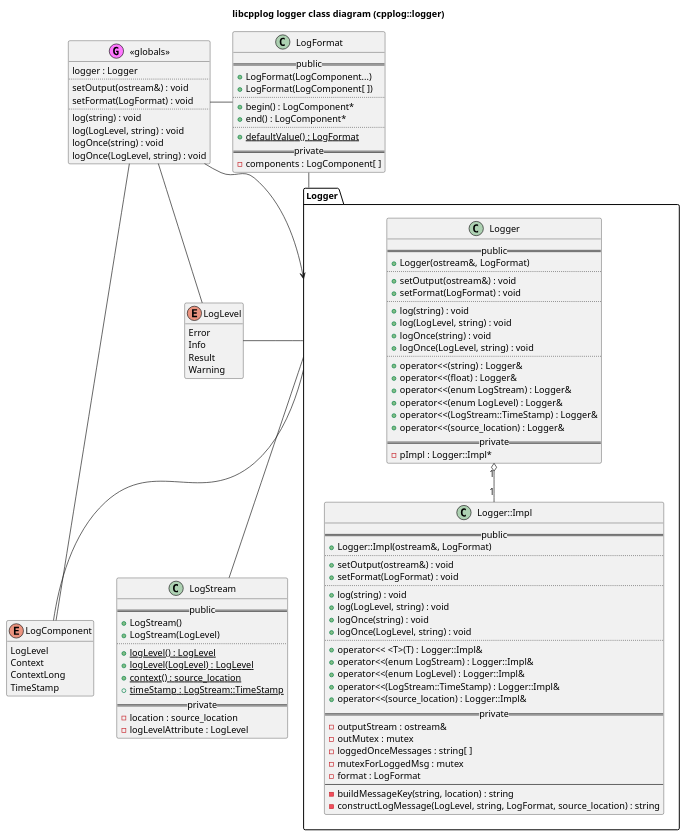
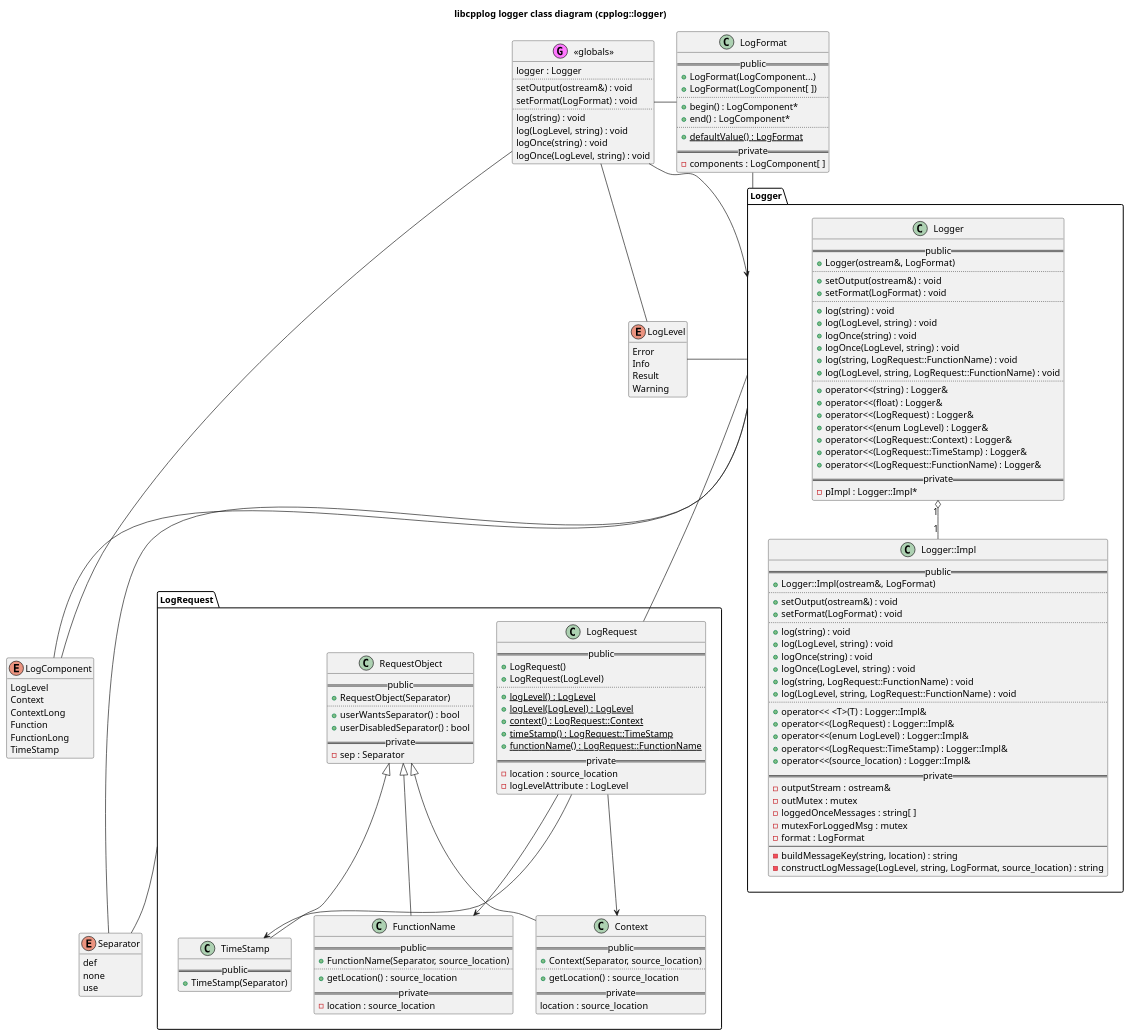
Before and after one commit to kfpgk/libcpplog: the diagram in libcpplog/logger/doc/class.puml, drawn with PlantUML. The commit also changed 51 other files, not shown here.

First line of the commit message:
Implement FunctionName log component

```diff
--- a/libcpplog/logger/doc/class.puml
+++ b/libcpplog/logger/doc/class.puml
@@ -1,130 +1,193 @@
 @startuml logger-class-diagram
 
 title libcpplog logger class diagram (cpplog::logger)
 
 enum LogLevel {
     Error
     Info
     Result
     Warning
 }
 hide LogLevel methods
 
 enum LogComponent {
     LogLevel
     Context
     ContextLong
+    Function
+    FunctionLong
     TimeStamp
 }
 hide LogComponent methods
 
-class LogStream {
-    == public ==
-    + LogStream()
-    + LogStream(LogLevel)
-    ..
-    + {static} logLevel() : LogLevel
-    + {static} logLevel(LogLevel) : LogLevel
-    + {static} context() : source_location
-    + {static} timeStamp : LogStream::TimeStamp
-    == private ==
-    - location : source_location
-    - logLevelAttribute : LogLevel
+enum Separator {
+    def
+    none
+    use
 }
+hide Separator methods
+
+package "LogRequest" as LogRequestPackage {
+
+    class LogRequest {
+        == public ==
+        + LogRequest()
+        + LogRequest(LogLevel)
+        ..
+        + {static} logLevel() : LogLevel
+        + {static} logLevel(LogLevel) : LogLevel
+        + {static} context() : LogRequest::Context
+        + {static} timeStamp() : LogRequest::TimeStamp
+        + {static} functionName() : LogRequest::FunctionName
+        == private ==
+        - location : source_location
+        - logLevelAttribute : LogLevel
+    }
+
+    class RequestObject {
+        == public ==
+        + RequestObject(Separator)
+        ..
+        + userWantsSeparator() : bool
+        + userDisabledSeparator() : bool
+        == private ==
+        - sep : Separator
+    }
+
+    class Context {
+        == public ==
+        + Context(Separator, source_location)
+        ..
+        + getLocation() : source_location
+        == private ==
+        location : source_location
+    }
+
+    class TimeStamp {
+        == public ==
+        + TimeStamp(Separator)
+    }
+
+    class FunctionName {
+        == public ==
+        + FunctionName(Separator, source_location)
+        ..
+        + getLocation() : source_location
+        == private ==
+        - location : source_location
+    }
+}
+
 
 class LogFormat {
     == public ==
     + LogFormat(LogComponent...)
     + LogFormat(LogComponent[ ])
     ..
     + begin() : LogComponent*
     + end() : LogComponent*
     ..
     + {static} defaultValue() : LogFormat
     == private ==
     - components : LogComponent[ ]
 }
 
 package Logger as LoggerPackage {
     class Logger {
         == public ==
         + Logger(ostream&, LogFormat)
         ..
         + setOutput(ostream&) : void
         + setFormat(LogFormat) : void
         ..
         + log(string) : void
         + log(LogLevel, string) : void
         + logOnce(string) : void
         + logOnce(LogLevel, string) : void
+        + log(string, LogRequest::FunctionName) : void
+        + log(LogLevel, string, LogRequest::FunctionName) : void
         ..
         + operator<<(string) : Logger&
         + operator<<(float) : Logger&
-        + operator<<(enum LogStream) : Logger&
+        + operator<<(LogRequest) : Logger&
         + operator<<(enum LogLevel) : Logger&
-        + operator<<(LogStream::TimeStamp) : Logger&
-        + operator<<(source_location) : Logger&
+        + operator<<(LogRequest::Context) : Logger&
+        + operator<<(LogRequest::TimeStamp) : Logger&
+        + operator<<(LogRequest::FunctionName) : Logger&
         == private ==
         - pImpl : Logger::Impl*
     }
 
     class "Logger::Impl" as LoggerImpl {
         == public ==
         + Logger::Impl(ostream&, LogFormat)
         ..
         + setOutput(ostream&) : void
         + setFormat(LogFormat) : void
         ..
         + log(string) : void
         + log(LogLevel, string) : void
         + logOnce(string) : void
         + logOnce(LogLevel, string) : void
+        + log(string, LogRequest::FunctionName) : void
+        + log(LogLevel, string, LogRequest::FunctionName) : void
         ..
         + operator<< <T>(T) : Logger::Impl&
-        + operator<<(enum LogStream) : Logger::Impl&
+        + operator<<(LogRequest) : Logger::Impl&
         + operator<<(enum LogLevel) : Logger::Impl&
-        + operator<<(LogStream::TimeStamp) : Logger::Impl&
+        + operator<<(LogRequest::TimeStamp) : Logger::Impl&
         + operator<<(source_location) : Logger::Impl&
         == private ==
         - outputStream : ostream&
         - outMutex : mutex
         - loggedOnceMessages : string[ ]
         - mutexForLoggedMsg : mutex
         - format : LogFormat
         --
         - buildMessageKey(string, location) : string
         - constructLogMessage(LogLevel, string, LogFormat, source_location) : string
     }
 }
 
 
 class "<<globals>>" as globals << (G,#FF77FF) >> {
     logger : Logger
     ..
     setOutput(ostream&) : void
     setFormat(LogFormat) : void
     ..
     log(string) : void
     log(LogLevel, string) : void
     logOnce(string) : void
     logOnce(LogLevel, string) : void
 }
 
+LogRequestPackage -- Separator
+LoggerPackage -- Separator
+
+RequestObject <|-- Context 
+RequestObject <|-- TimeStamp 
+RequestObject <|-- FunctionName
+
+LogRequest --> Context
+LogRequest --> TimeStamp
+LogRequest --> FunctionName
+
 Logger "1" o-- "1" LoggerImpl
 
 LogFormat - LoggerPackage
 LogLevel - LoggerPackage
 LogComponent - LoggerPackage
 
-LoggerPackage -- LogStream
+LoggerPackage -- LogRequest
 
 globals - LogFormat
 globals - LogLevel
 globals - LogComponent
 
 LogFormat -[hidden]down-> LogLevel
 LogLevel -[hidden]down-> LogComponent
 
 globals -left-> LoggerPackage
 
 @enduml
```
